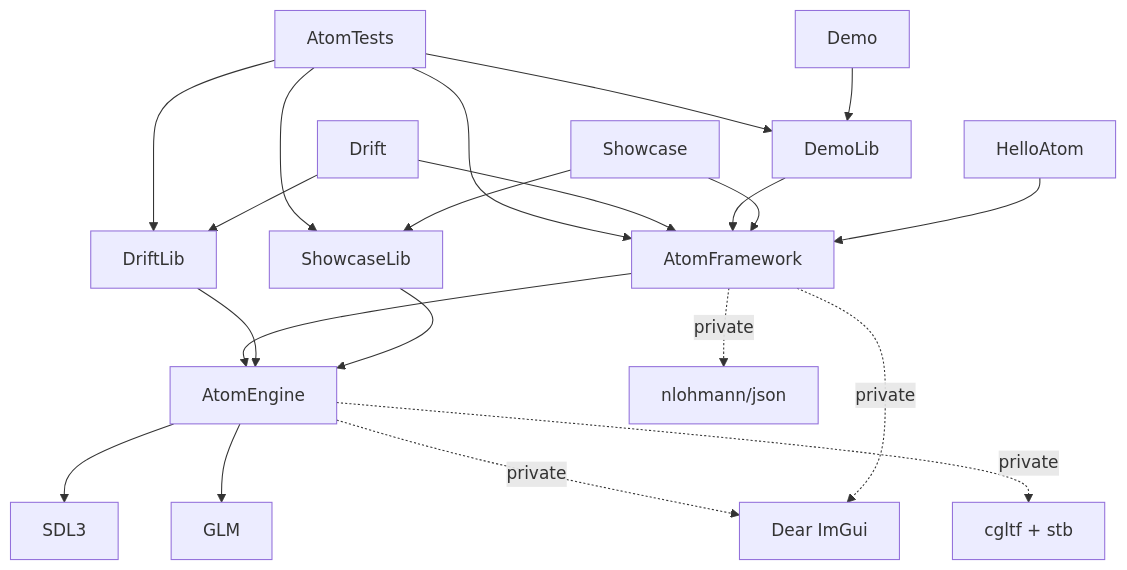
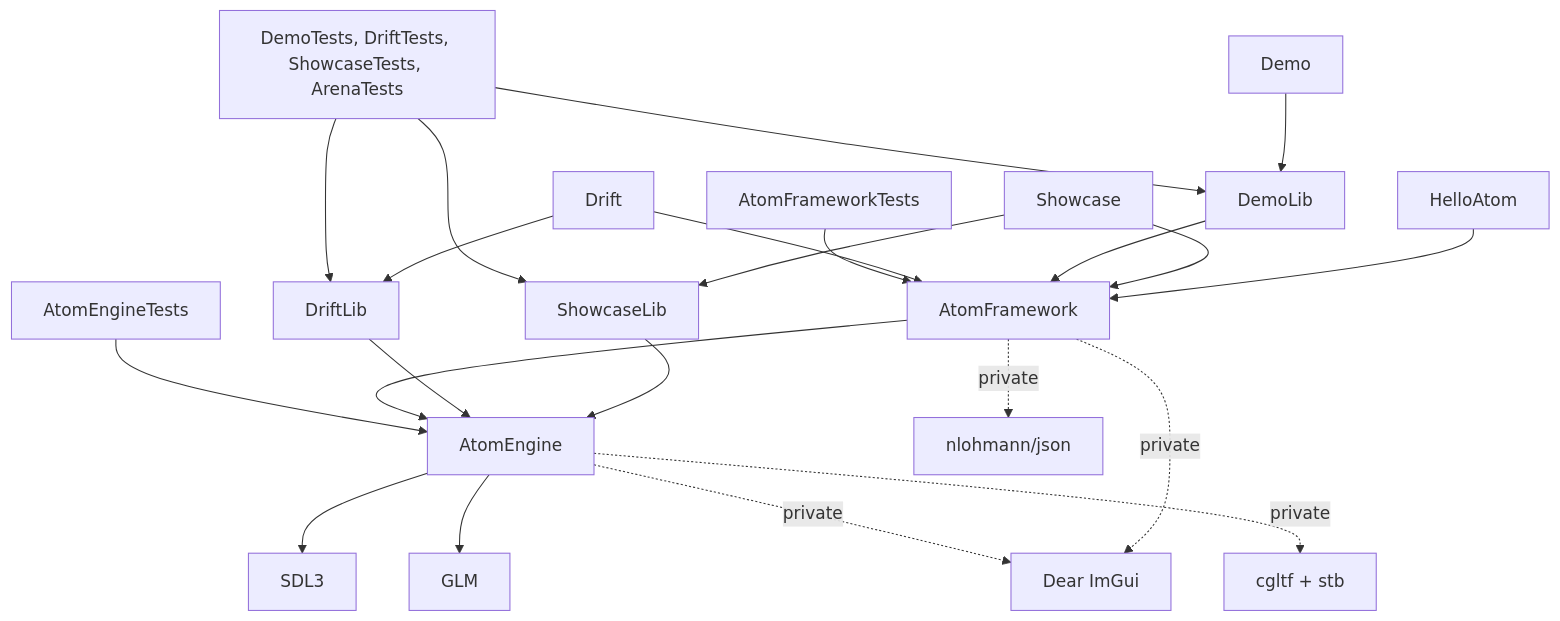
The first of 6 diagrams in docs/Architecture.md (fgdoliveira/AtomEngine), drawn with Mermaid before and after one commit. The commit also changed 75 other files, not shown here.

````diff
--- a/docs/Architecture.md
+++ b/docs/Architecture.md
@@ -22,20 +22,22 @@
 ```mermaid
 graph TD
     Showcase[Showcase] --> ShowcaseLib
     Demo[Demo] --> DemoLib
     Drift[Drift] --> DriftLib
     Hello[HelloAtom] --> Framework
     Showcase --> Framework
     DemoLib --> Framework
     Drift --> Framework
     ShowcaseLib --> Engine
     DriftLib --> Engine
     Framework[AtomFramework] --> Engine[AtomEngine]
-    Tests[AtomTests] --> DemoLib & DriftLib & ShowcaseLib & Framework
+    EngineTests[AtomEngineTests] --> Engine
+    FrameworkTests[AtomFrameworkTests] --> Framework
+    AppTests["DemoTests, DriftTests, ShowcaseTests, ArenaTests"] --> DemoLib & DriftLib & ShowcaseLib
     Framework -.->|private| JSON[nlohmann/json]
     Framework -.->|private| ImGui[Dear ImGui]
     Engine --> SDL[SDL3]
     Engine --> GLM
     Engine -.->|private| ImGui
     Engine -.->|private| CGLTF[cgltf + stb]
 ```
````
